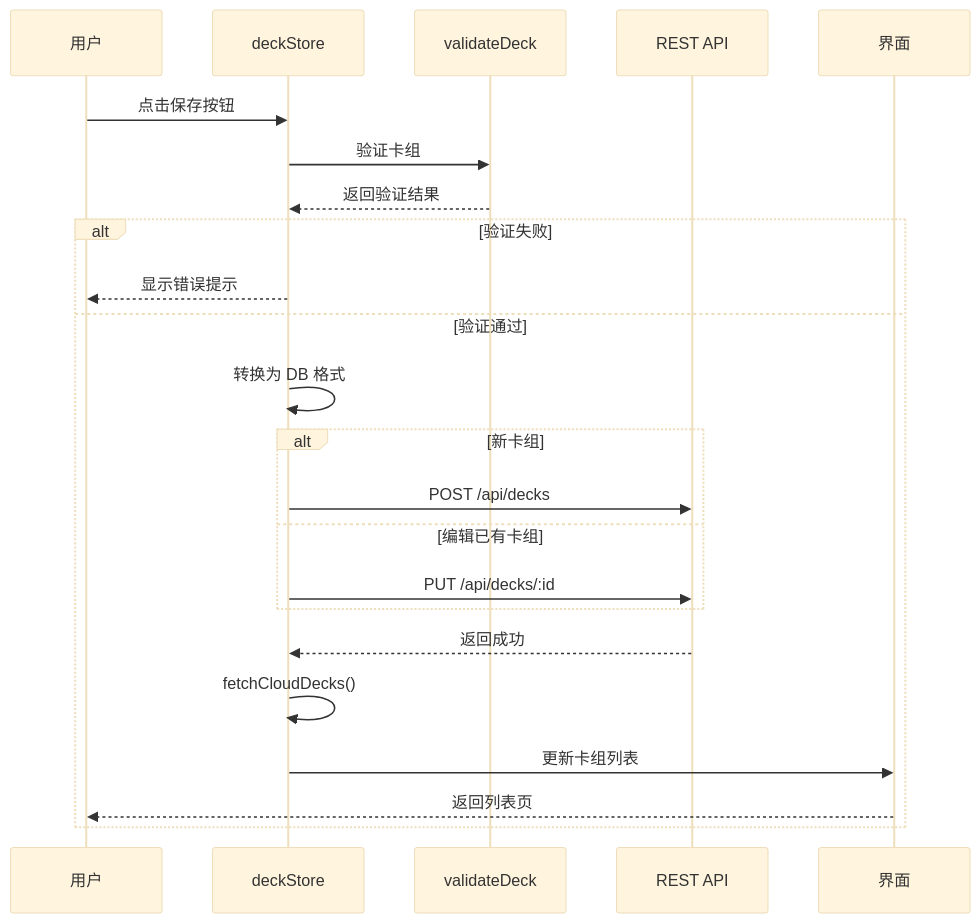
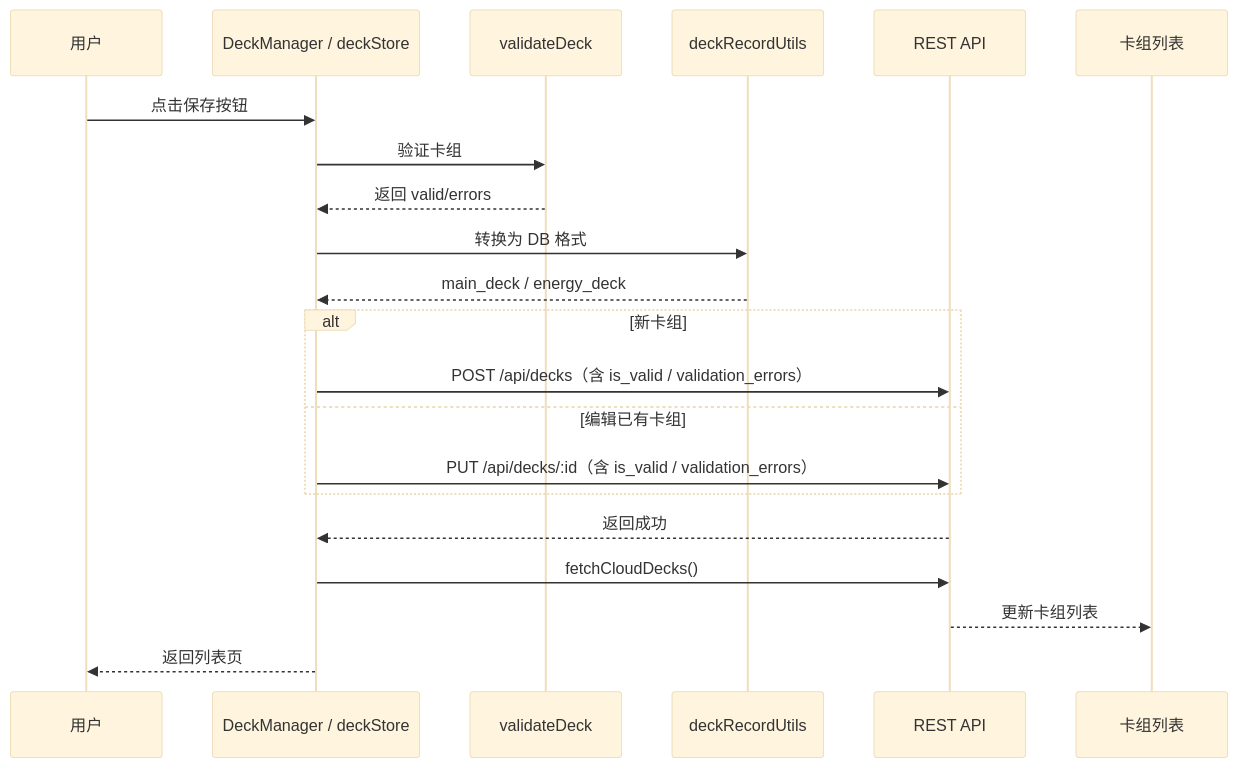
One commit to catmeow123456/loveca-dev changed the second of 4 diagrams in docs/deck-management/design.md. Above: the diagram before and after it, drawn with Mermaid (base theme). The commit also changed other lines of this file and 10 other files, not shown here.

````diff
--- a/docs/deck-management/design.md
+++ b/docs/deck-management/design.md
@@ -415,27 +420,25 @@
 ```mermaid
 sequenceDiagram
     participant User as 用户
-    participant DS as deckStore
+    participant UI as DeckManager / deckStore
     participant DV as validateDeck
+    participant DRU as deckRecordUtils
     participant API as REST API
-    participant UI as 界面
+    participant List as 卡组列表
 
-    User->>DS: 点击保存按钮
-    DS->>DV: 验证卡组
-    DV-->>DS: 返回验证结果
+    User->>UI: 点击保存按钮
+    UI->>DV: 验证卡组
+    DV-->>UI: 返回 valid/errors
+    UI->>DRU: 转换为 DB 格式
+    DRU-->>UI: main_deck / energy_deck
 
-    alt 验证失败
-        DS-->>User: 显示错误提示
-    else 验证通过
-        DS->>DS: 转换为 DB 格式
-        alt 新卡组
-            DS->>API: POST /api/decks
-        else 编辑已有卡组
-            DS->>API: PUT /api/decks/:id
-        end
-        API-->>DS: 返回成功
-        DS->>DS: fetchCloudDecks()
-        DS->>UI: 更新卡组列表
-        UI-->>User: 返回列表页
+    alt 新卡组
+        UI->>API: POST /api/decks（含 is_valid / validation_errors）
+    else 编辑已有卡组
+        UI->>API: PUT /api/decks/:id（含 is_valid / validation_errors）
     end
+    API-->>UI: 返回成功
+    UI->>API: fetchCloudDecks()
+    API-->>List: 更新卡组列表
+    UI-->>User: 返回列表页
 ```
````
